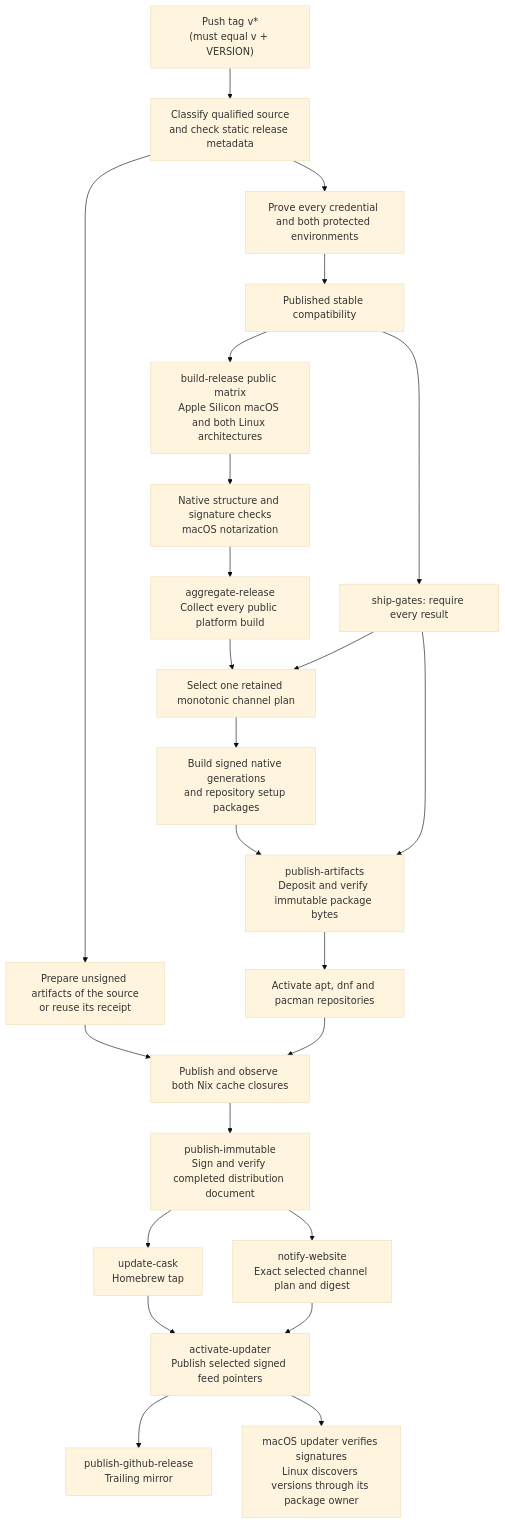
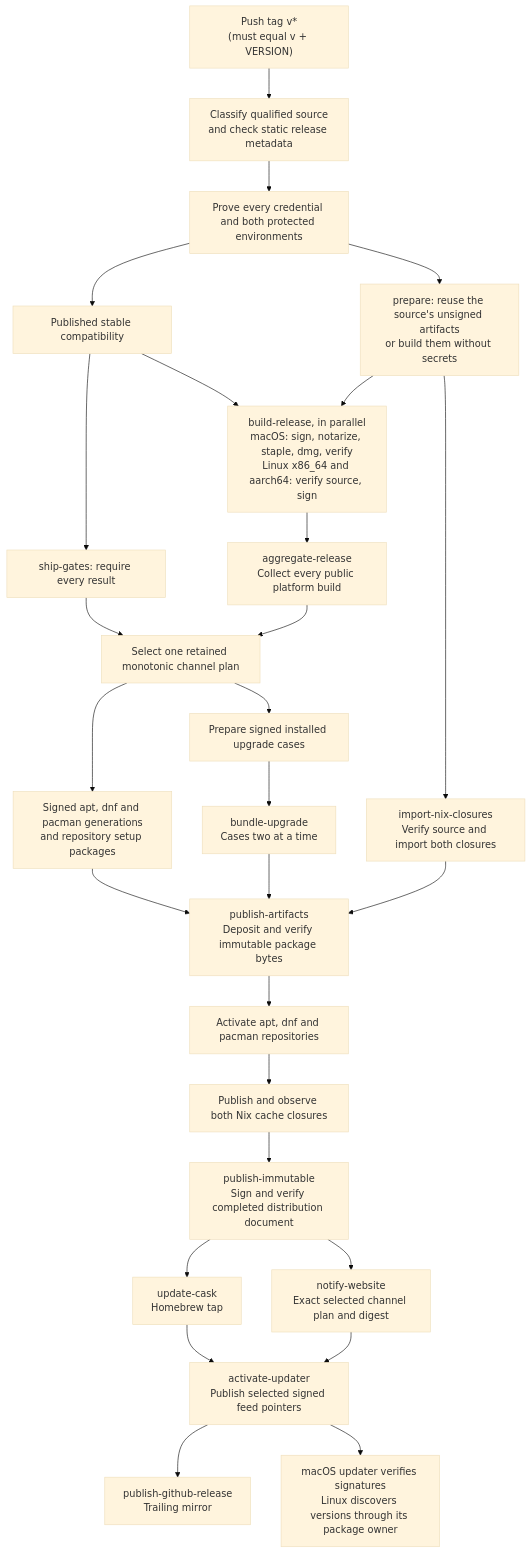
Before and after one commit to paintedwolf-ai/paintedwolf-code: the diagram in docs/dev-tasks.md, drawn with Mermaid (base theme). The commit also changed other lines of this file and 10 other files, not shown here.

First line of the commit message:
Sign and publish what preparation built

````diff
--- a/docs/dev-tasks.md
+++ b/docs/dev-tasks.md
@@ -1134,26 +1134,29 @@
 ```mermaid
 flowchart TD
     tag["Push tag v*<br/>(must equal v + VERSION)"] --> classify["Classify qualified source<br/>and check static release metadata"]
     classify --> probe["Prove every credential and both protected environments"]
     probe --> compat["Published stable compatibility"]
+    probe --> prepare["prepare: reuse the source's unsigned artifacts<br/>or build them without secrets"]
     compat --> gates["ship-gates: require every result"]
-    compat --> build["build-release public matrix<br/>Apple Silicon macOS and both Linux architectures"]
-    build --> verify["Native structure and signature checks<br/>macOS notarization"]
-    verify --> aggregate["aggregate-release<br/>Collect every public platform build"]
+    prepare --> sign["build-release, in parallel<br/>macOS: sign, notarize, staple, dmg, verify<br/>Linux x86_64 and aarch64: verify source, sign"]
+    compat --> sign
+    prepare --> nix["import-nix-closures<br/>Verify source and import both closures"]
+    sign --> aggregate["aggregate-release<br/>Collect every public platform build"]
     aggregate --> plan["Select one retained monotonic channel plan"]
     gates --> plan
-    plan --> setup["Build signed native generations<br/>and repository setup packages"]
-    setup --> deposit["publish-artifacts<br/>Deposit and verify immutable package bytes"]
-    gates --> deposit
+    plan --> repos["Signed apt, dnf and pacman generations<br/>and repository setup packages"]
+    plan --> cases["Prepare signed installed upgrade cases"]
+    cases --> upgrade["bundle-upgrade<br/>Cases two at a time"]
+    repos --> deposit["publish-artifacts<br/>Deposit and verify immutable package bytes"]
+    upgrade --> deposit
+    nix --> deposit
     deposit --> native["Activate apt, dnf and pacman repositories"]
-    classify --> prepare["Prepare unsigned artifacts of the source<br/>or reuse its receipt"]
-    prepare --> nix
-    native --> nix["Publish and observe both Nix cache closures"]
-    nix --> document["publish-immutable<br/>Sign and verify completed distribution document"]
+    native --> cache["Publish and observe both Nix cache closures"]
+    cache --> document["publish-immutable<br/>Sign and verify completed distribution document"]
     document --> cask["update-cask<br/>Homebrew tap"]
     document --> website["notify-website<br/>Exact selected channel plan and digest"]
     cask --> updater["activate-updater<br/>Publish selected signed feed pointers"]
     website --> updater
     updater --> mirror["publish-github-release<br/>Trailing mirror"]
     updater --> clients["macOS updater verifies signatures<br/>Linux discovers versions through its package owner"]
 ```
````
